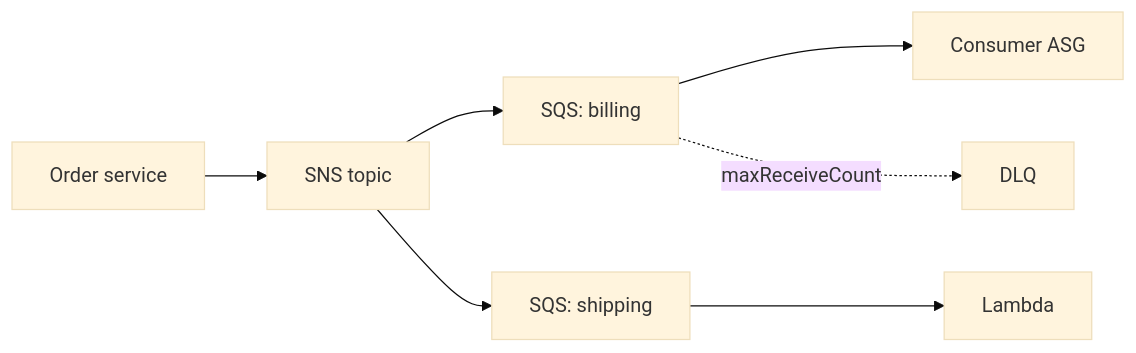
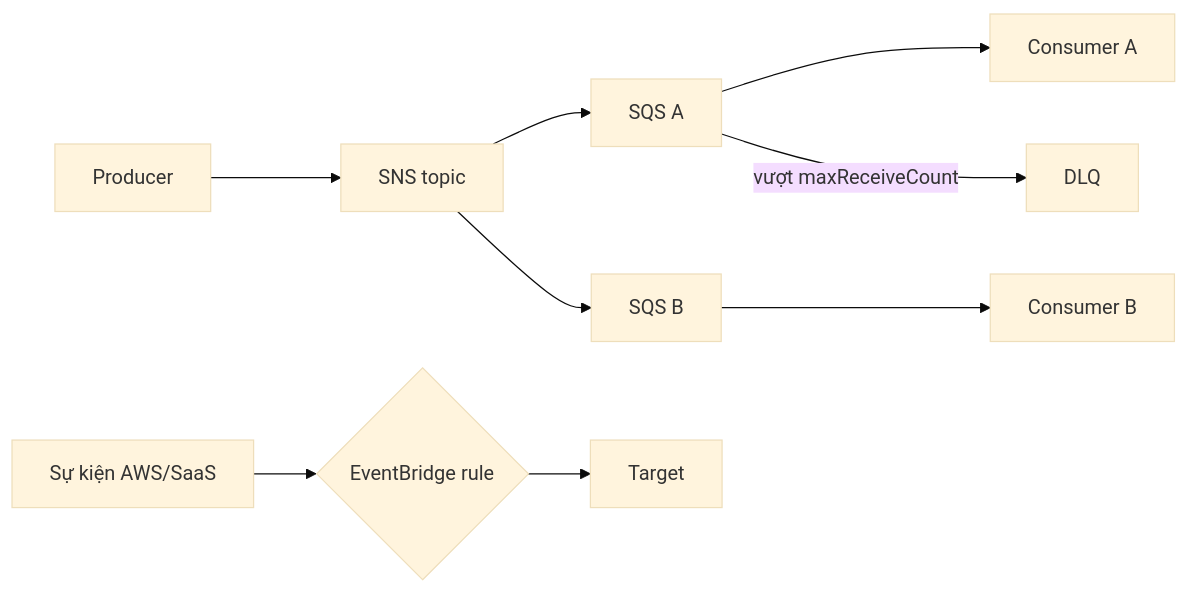
One commit to passion-Infinity/personal-tech-playbook changed the diagram in src/assets/knowledge/playbooks/aws/sqs-sns-eventbridge.md. Above: the diagram before and after it, drawn with Mermaid (base theme). The commit also changed other lines of this file and 6 other files, not shown here.

First line of the commit message:
Deep-dive rewrite: SQS/SNS/EventBridge, Lambda, DR, EBS/EFS/FSx, CloudWatch/CloudTrail/Config, ECS/EKS/Fargate

````diff
--- a/src/assets/knowledge/playbooks/aws/sqs-sns-eventbridge.md
+++ b/src/assets/knowledge/playbooks/aws/sqs-sns-eventbridge.md
@@ -17,9 +34,11 @@
 ```mermaid
 flowchart LR
-    P[Order service] --> T[SNS topic]
-    T --> Q1[SQS: billing]
-    T --> Q2[SQS: shipping]
-    Q1 --> L1[Consumer ASG]
-    Q2 --> L2[Lambda]
-    Q1 -.->|maxReceiveCount| D[DLQ]
+    P[Producer] --> T[SNS topic]
+    T --> Q1[SQS A]
+    T --> Q2[SQS B]
+    Q1 --> C1[Consumer A]
+    Q2 --> C2[Consumer B]
+    Q1 -->|"vượt maxReceiveCount"| DLQ[DLQ]
+    AWS["Sự kiện AWS/SaaS"] --> EB{"EventBridge rule"}
+    EB --> C3[Target]
 ```
````
